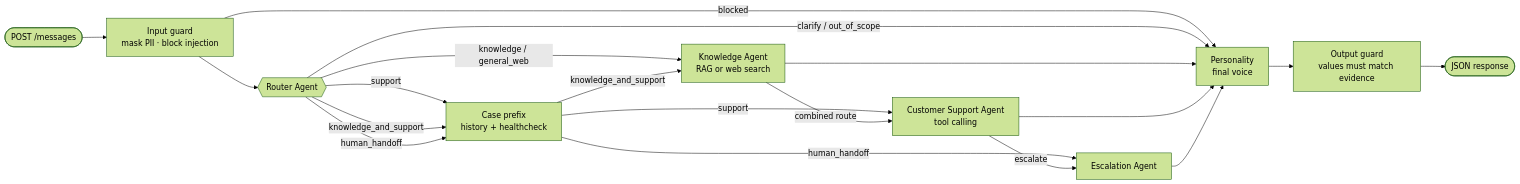
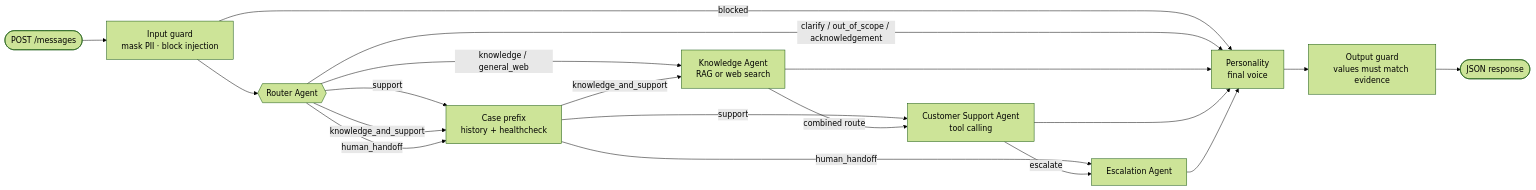
One commit to lauroPereira/ai-getnet-case changed the diagram in README.md. Above: the diagram before and after it, drawn with Mermaid (forest theme). The commit also changed other lines of this file and 5 other files, not shown here.

````diff
--- a/README.md
+++ b/README.md
@@ -163,20 +131,20 @@
 ```mermaid
 flowchart LR
     In([POST /messages]) --> G[Input guard<br/>mask PII · block injection]
     G -->|blocked| P
     G --> R{{Router Agent}}
     R -->|knowledge / general_web| K[Knowledge Agent<br/>RAG or web search]
     R -->|support| SP[Case prefix<br/>history + healthcheck]
     R -->|knowledge_and_support| SP
     R -->|human_handoff| SP
-    R -->|clarify / out_of_scope| P
+    R -->|clarify / out_of_scope / acknowledgement| P
     SP -->|support| S[Customer Support Agent<br/>tool calling]
     SP -->|knowledge_and_support| K
     SP -->|human_handoff| E[Escalation Agent]
     K -->|combined route| S
     K --> P
     S -->|escalate| E
     S --> P
     E --> P[Personality<br/>final voice]
     P --> O[Output guard<br/>values must match evidence] --> Out([JSON response])
 ```
````
